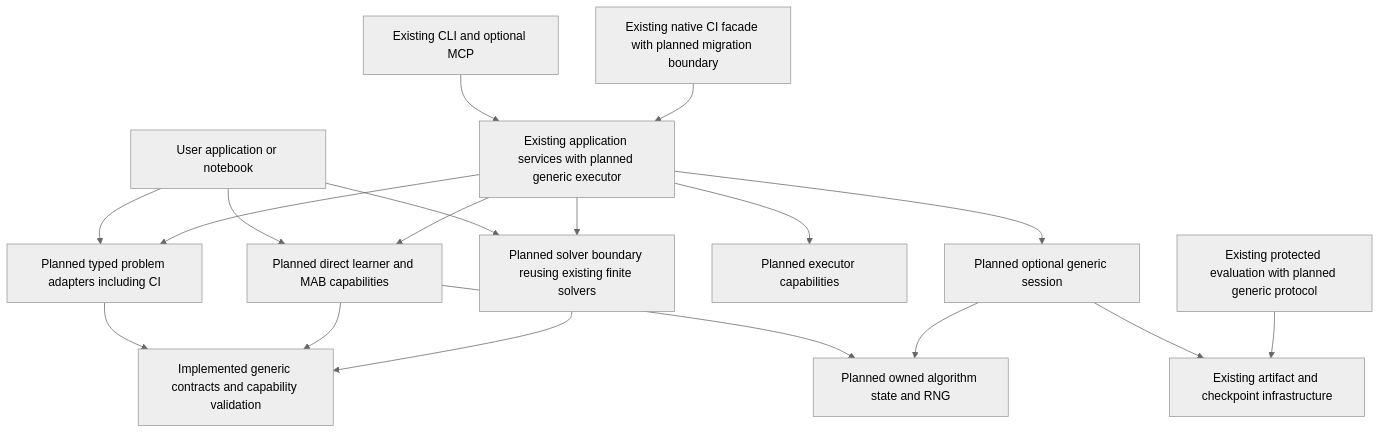
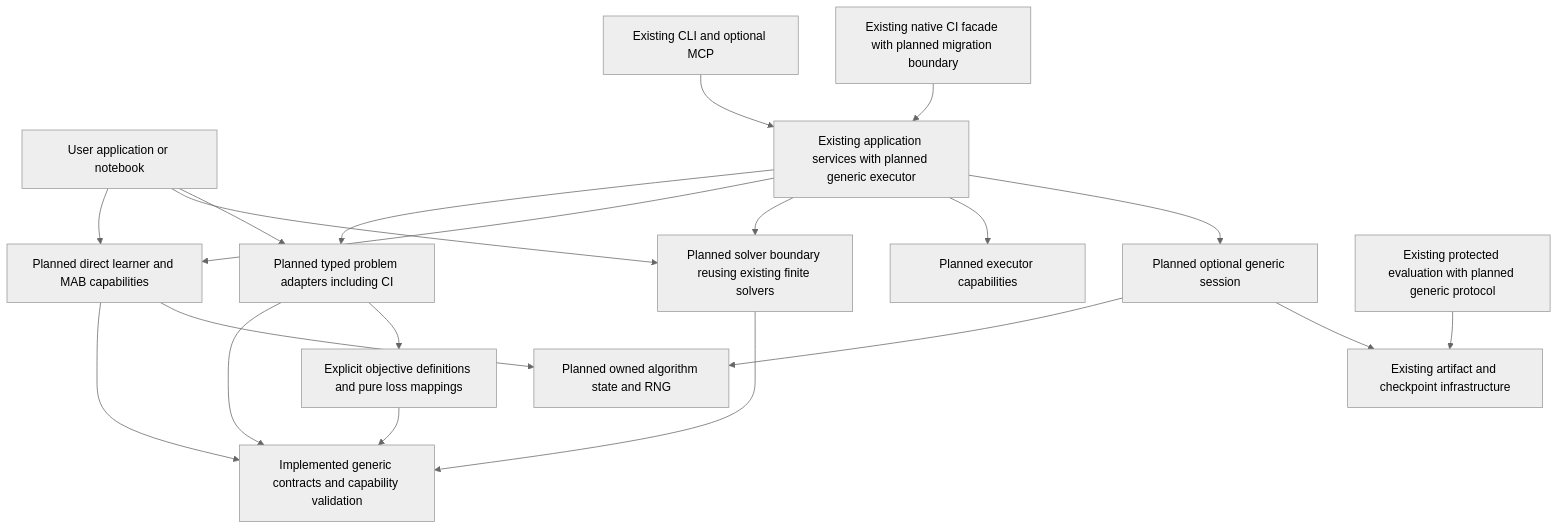
One commit to jacksonpradolima/coleman changed the first of 5 diagrams in docs/v5-architecture.md. Above: the diagram before and after it, drawn with Mermaid (neutral theme). The commit also changed other lines of this file and 46 other files, not shown here.

Commit message:
feat: add explicit objective semantics and causal loss transforms

````diff
--- a/docs/v5-architecture.md
+++ b/docs/v5-architecture.md
@@ -77,20 +84,22 @@
 ```mermaid
 flowchart TD
     Host[User application or notebook] --> DirectLearner[Planned direct learner and MAB capabilities]
     Host --> DirectSolver[Planned solver boundary reusing existing finite solvers]
     Host --> Problem[Planned typed problem adapters including CI]
     Problem --> Contracts[Implemented generic contracts and capability validation]
+    Problem --> Objectives[Explicit objective definitions and pure loss mappings]
+    Objectives --> Contracts
     DirectLearner --> Contracts
     DirectSolver --> Contracts
     DirectLearner --> State[Planned owned algorithm state and RNG]
     Service[Existing application services with planned generic executor] --> Problem
     Service --> DirectLearner
     Service --> DirectSolver
     Service --> Execution[Planned executor capabilities]
     Service --> Session[Planned optional generic session]
     Session --> State
     Session --> Storage[Existing artifact and checkpoint infrastructure]
     Evidence[Existing protected evaluation with planned generic protocol] --> Storage
     Transport[Existing CLI and optional MCP] --> Service
     Legacy[Existing native CI facade with planned migration boundary] --> Service
 ```
````
